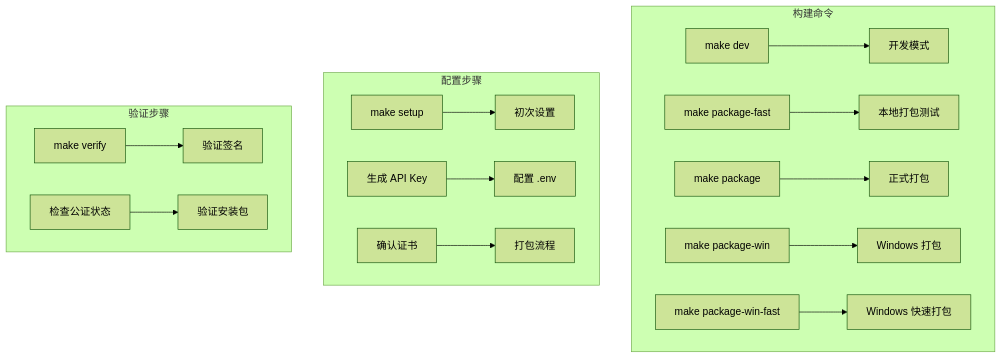
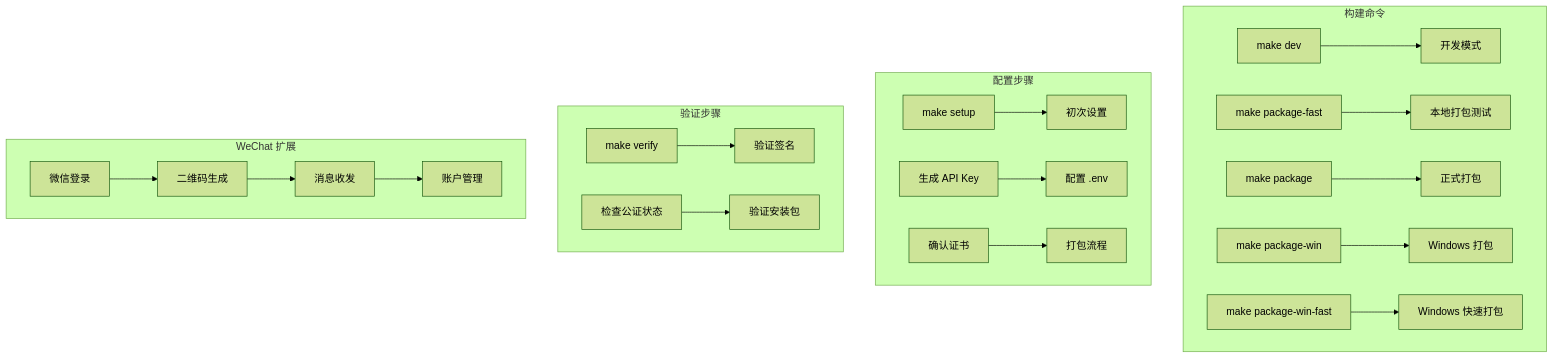
One commit to verse-ai-org/openclaw changed diagram 13 of 22 in .qoder/repowiki/zh/content/Electron Packaging Configuration.md. Above: the diagram before and after it, drawn with Mermaid (forest theme). The commit also changed other lines of this file and 23 other files, not shown here.

````diff
--- a/.qoder/repowiki/zh/content/Electron Packaging Configuration.md
+++ b/.qoder/repowiki/zh/content/Electron Packaging Configuration.md
@@ -678,19 +780,24 @@
 ```mermaid
 graph TB
 subgraph "构建命令"
 A[make dev] --> B[开发模式]
 C[make package-fast] --> D[本地打包测试]
 E[make package] --> F[正式打包]
 G[make package-win] --> H[Windows 打包]
 I[make package-win-fast] --> J[Windows 快速打包]
 end
 subgraph "配置步骤"
 K[make setup] --> L[初次设置]
 M[生成 API Key] --> N[配置 .env]
 O[确认证书] --> P[打包流程]
 end
 subgraph "验证步骤"
 Q[make verify] --> R[验证签名]
 S[检查公证状态] --> T[验证安装包]
 end
+subgraph "WeChat 扩展"
+U[微信登录] --> V[二维码生成]
+V --> W[消息收发]
+W --> X[账户管理]
+end
 ```
````
